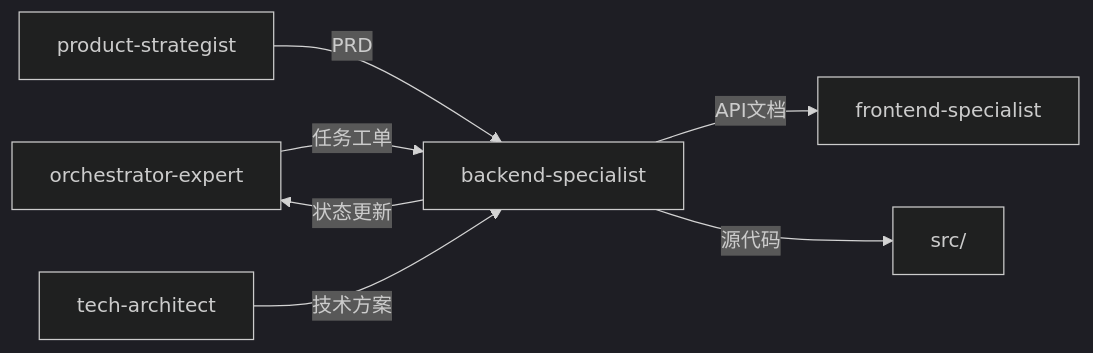
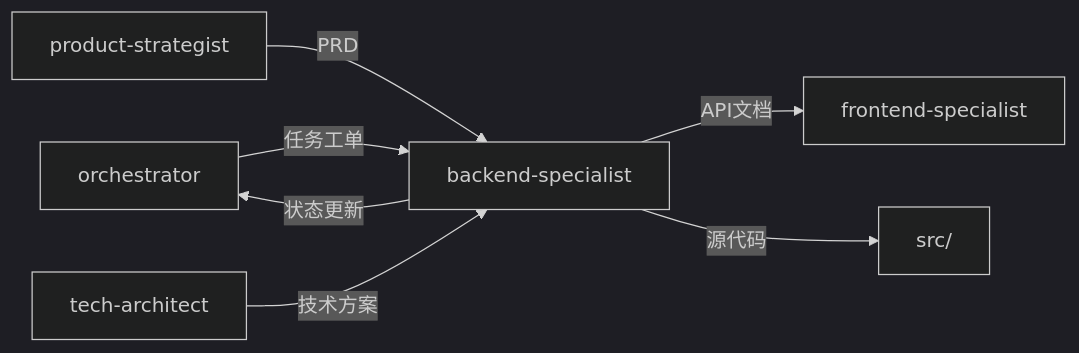
One commit to Tooooommy/Trae-Workflow changed the diagram in skills/backend-specialist/SKILL.md. Above: the diagram before and after it, drawn with Mermaid (dark theme). The commit also changed other lines of this file and 21 other files, not shown here.

First line of the commit message:
refactor(skills): rename orchestrator-expert to orchestrator and update paths

````diff
--- a/skills/backend-specialist/SKILL.md
+++ b/skills/backend-specialist/SKILL.md
@@ -94,9 +94,9 @@
 ```mermaid
 flowchart LR
-    A[orchestrator-expert] -->|任务工单| B[backend-specialist]
+    A[orchestrator] -->|任务工单| B[backend-specialist]
     C[product-strategist] -->|PRD| B
     D[tech-architect] -->|技术方案| B
     B -->|API文档| E[frontend-specialist]
     B -->|源代码| F[src/]
     B -->|状态更新| A
 ```
````
